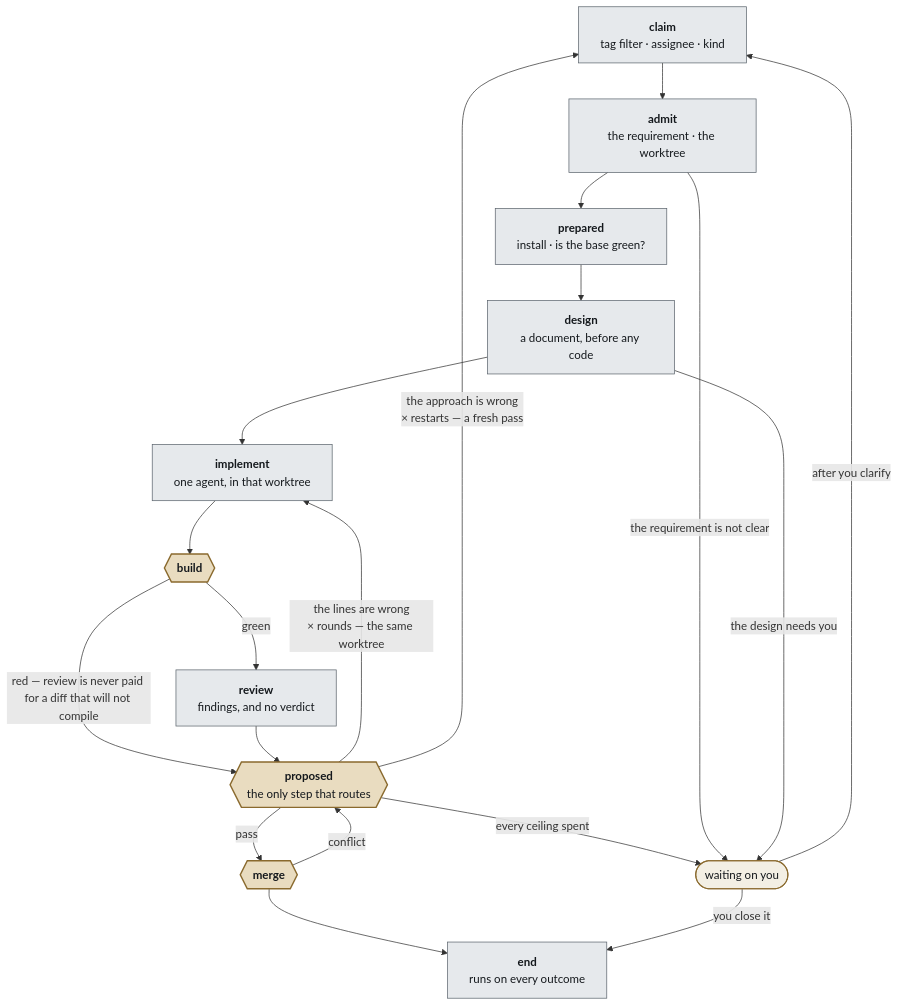
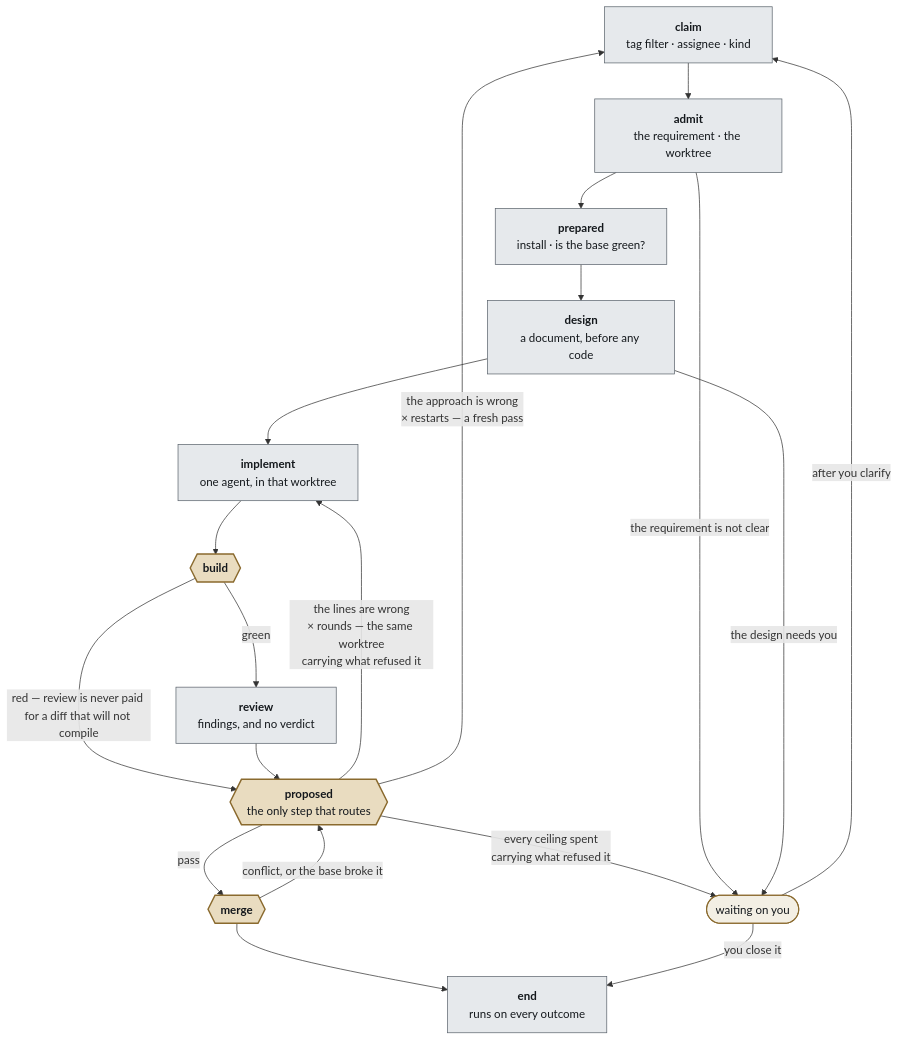
Before and after one commit to steven-zhc/lingtai: the diagram in doc/decisions/0058-lingtai-is-a-development-pipeline.md, drawn with Mermaid. The commit also changed other lines of this file, not shown here.

````diff
--- a/doc/decisions/0058-lingtai-is-a-development-pipeline.md
+++ b/doc/decisions/0058-lingtai-is-a-development-pipeline.md
@@ -194,37 +194,37 @@
 ```mermaid
 flowchart TB
   CL["<b>claim</b><br/>tag filter · assignee · kind"]
   AD["<b>admit</b><br/>the requirement · the worktree"]
   PR["<b>prepared</b><br/>install · is the base green?"]
   DS["<b>design</b><br/>a document, before any code"]
   IM["<b>implement</b><br/>one agent, in that worktree"]
   BU{{"<b>build</b>"}}
   RV["<b>review</b><br/>findings, and no verdict"]
   PO{{"<b>proposed</b><br/>the only step that routes"}}
   MG{{"<b>merge</b>"}}
   EN["<b>end</b><br/>runs on every outcome"]
   WA(["waiting on you"])
 
   CL --> AD --> PR --> DS --> IM --> BU
   BU -->|"green"| RV
   BU -->|"red — review is never paid for a diff that will not compile"| PO
   RV --> PO
   PO -->|"pass"| MG
   MG --> EN
-  MG -->|"conflict"| PO
+  MG -->|"conflict, or the base broke it"| PO
 
-  PO -->|"the lines are wrong<br/>× rounds — the same worktree"| IM
+  PO -->|"the lines are wrong<br/>× rounds — the same worktree<br/>carrying what refused it"| IM
   PO -->|"the approach is wrong<br/>× restarts — a fresh pass"| CL
-  PO -->|"every ceiling spent"| WA
+  PO -->|"every ceiling spent<br/>carrying what refused it"| WA
   AD -->|"the requirement is not clear"| WA
   DS -->|"the design needs you"| WA
   WA -->|"after you clarify"| CL
   WA -->|"you close it"| EN
 
   classDef gate fill:#e9dcc0,stroke:#8a6a2e,stroke-width:2px,color:#14181c;
   classDef core fill:#e6e9ec,stroke:#5c646d,color:#14181c;
   classDef back fill:#f3efe4,stroke:#8a6a2e,stroke-width:1.5px,color:#14181c;
   class BU,PO,MG gate;
   class CL,AD,PR,DS,IM,RV,EN core;
   class WA back;
 ```
````
